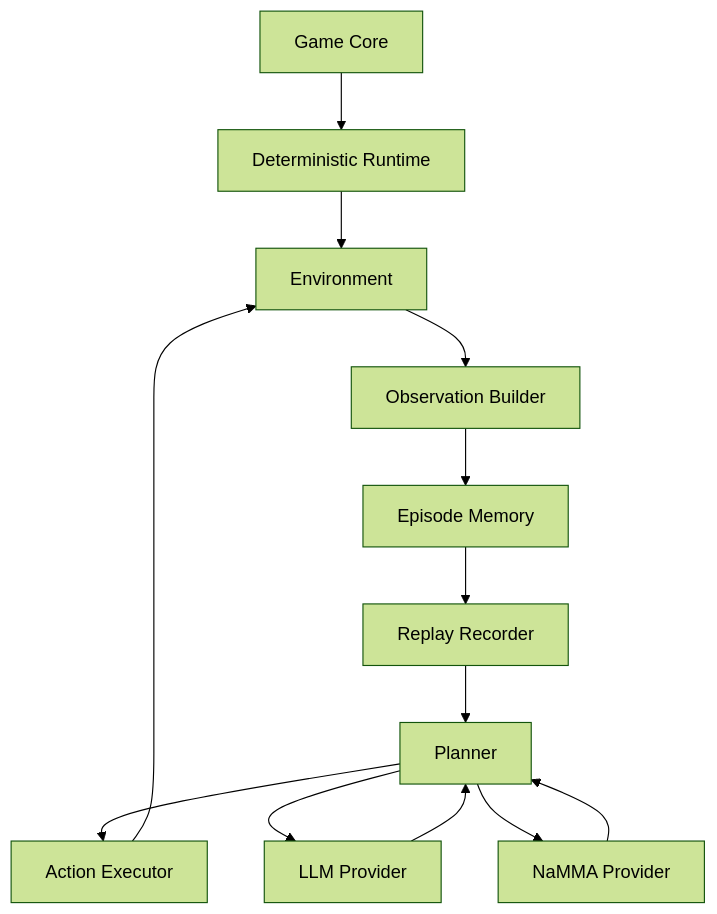
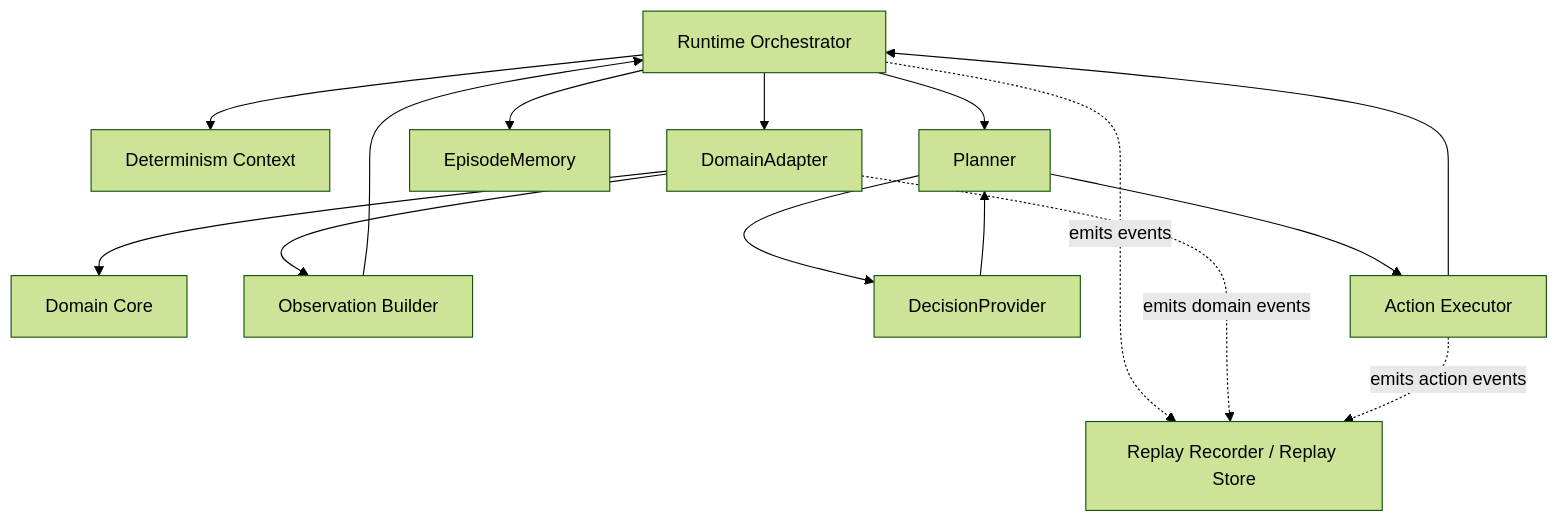
Before and after one commit to Vectology-cloud-team/namma-rogue-agent: the diagram in docs/runtime-architecture.md, drawn with Mermaid (forest theme). The commit also changed other lines of this file and 11 other files, not shown here.

````diff
--- a/docs/runtime-architecture.md
+++ b/docs/runtime-architecture.md
@@ -14,26 +33,28 @@
 ```mermaid
 flowchart TD
-    GC["Game Core"]
-    DR["Deterministic Runtime"]
-    ENV["Environment"]
+    ORCH["Runtime Orchestrator"]
+    DET["Determinism Context"]
+    ADAPT["DomainAdapter"]
+    CORE["Domain Core"]
     OBS["Observation Builder"]
-    MEM["Episode Memory"]
-    REP["Replay Recorder"]
+    MEM["EpisodeMemory"]
     PLAN["Planner"]
+    DEC["DecisionProvider"]
     EXEC["Action Executor"]
-    LLM["LLM Provider"]
-    NAMMA["NaMMA Provider"]
+    REPLAY["Replay Recorder / Replay Store"]
 
-    GC --> DR
-    DR --> ENV
-    ENV --> OBS
-    OBS --> MEM
-    MEM --> REP
-    REP --> PLAN
+    ORCH --> ADAPT
+    ADAPT --> CORE
+    ADAPT --> OBS
+    OBS --> ORCH
+    ORCH --> MEM
+    ORCH --> PLAN
+    PLAN --> DEC
+    DEC --> PLAN
     PLAN --> EXEC
-    EXEC --> ENV
-    PLAN --> LLM
-    PLAN --> NAMMA
-    LLM --> PLAN
-    NAMMA --> PLAN
+    EXEC --> ORCH
+    ORCH --> DET
+    ORCH -. emits events .-> REPLAY
+    ADAPT -. emits domain events .-> REPLAY
+    EXEC -. emits action events .-> REPLAY
 ```
````
